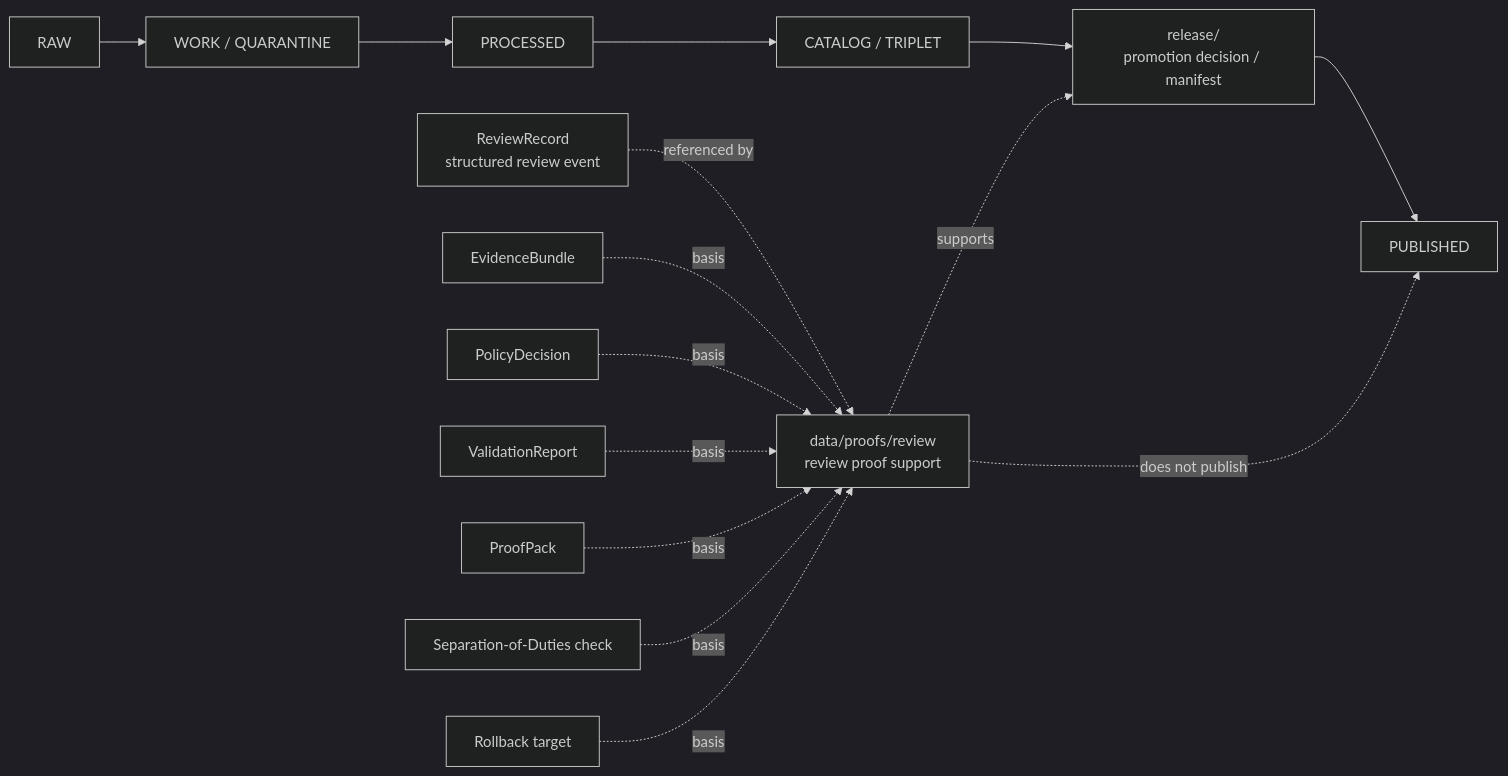
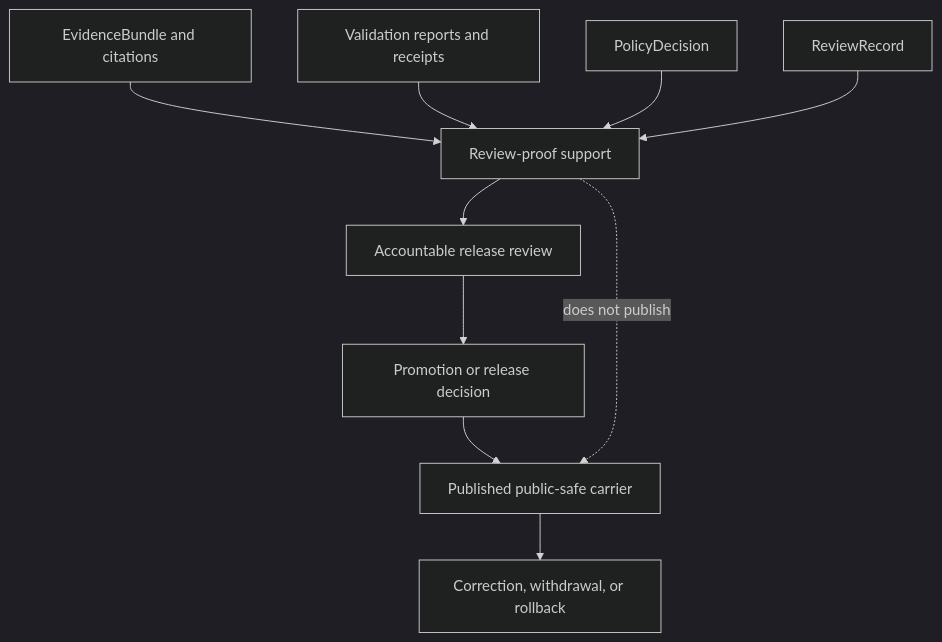
Before and after one commit to bartytime4life/Kansas-Frontier-Matrix: the diagram in data/proofs/review/README.md, drawn with Mermaid (dark theme). The commit also changed other lines of this file, not shown here.

Commit message:
docs: modernize review proof support README

````diff
--- a/data/proofs/review/README.md
+++ b/data/proofs/review/README.md
@@ -286,19 +271,12 @@
 ```mermaid
-flowchart LR
-  RAW["RAW"] --> WORK["WORK / QUARANTINE"]
-  WORK --> PROC["PROCESSED"]
-  PROC --> CAT["CATALOG / TRIPLET"]
-  CAT --> REL["release/<br/>promotion decision / manifest"]
-  REL --> PUB["PUBLISHED"]
-
-  RR["ReviewRecord<br/>structured review event"] -. referenced by .-> RPR["data/proofs/review<br/>review proof support"]
-  EB["EvidenceBundle"] -. basis .-> RPR
-  POL["PolicyDecision"] -. basis .-> RPR
-  VAL["ValidationReport"] -. basis .-> RPR
-  PP["ProofPack"] -. basis .-> RPR
-  SOD["Separation-of-Duties check"] -. basis .-> RPR
-  RB["Rollback target"] -. basis .-> RPR
-
-  RPR -. supports .-> REL
-  RPR -. "does not publish" .-> PUB
+flowchart TD
+    EB["EvidenceBundle and citations"] --> RP["Review-proof support"]
+    VR["Validation reports and receipts"] --> RP
+    PD["PolicyDecision"] --> RP
+    RR["ReviewRecord"] --> RP
+    RP --> RV["Accountable release review"]
+    RV --> DEC["Promotion or release decision"]
+    DEC --> PUB["Published public-safe carrier"]
+    PUB --> COR["Correction, withdrawal, or rollback"]
+    RP -. "does not publish" .-> PUB
 ```
````
